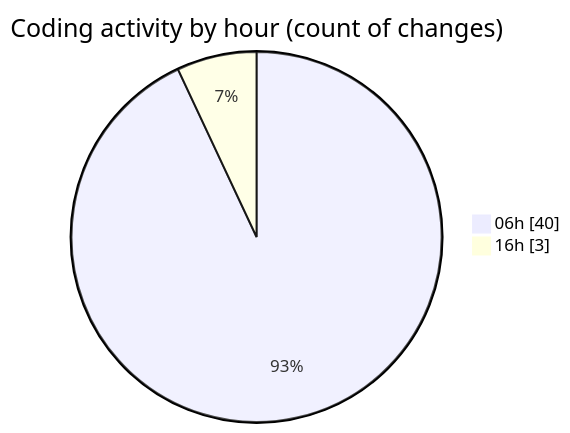
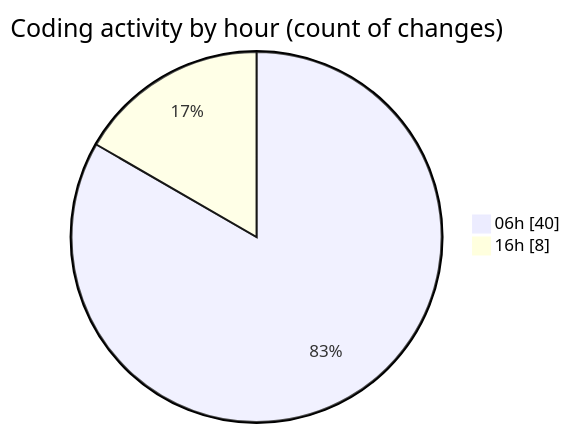
The second of 2 diagrams in 2025-02-25/micros/README.md (charlie-sans/code-tracking), drawn with Mermaid before and after one commit. The commit also changed other lines of this file and 1 other file, not shown here.

````diff
--- a/2025-02-25/micros/README.md
+++ b/2025-02-25/micros/README.md
@@ -41,6 +41,6 @@
 ```mermaid
 pie showData
 title Coding activity by hour (count of changes)
 "06h" : 40
-"16h" : 3
+"16h" : 8
 ```
````
